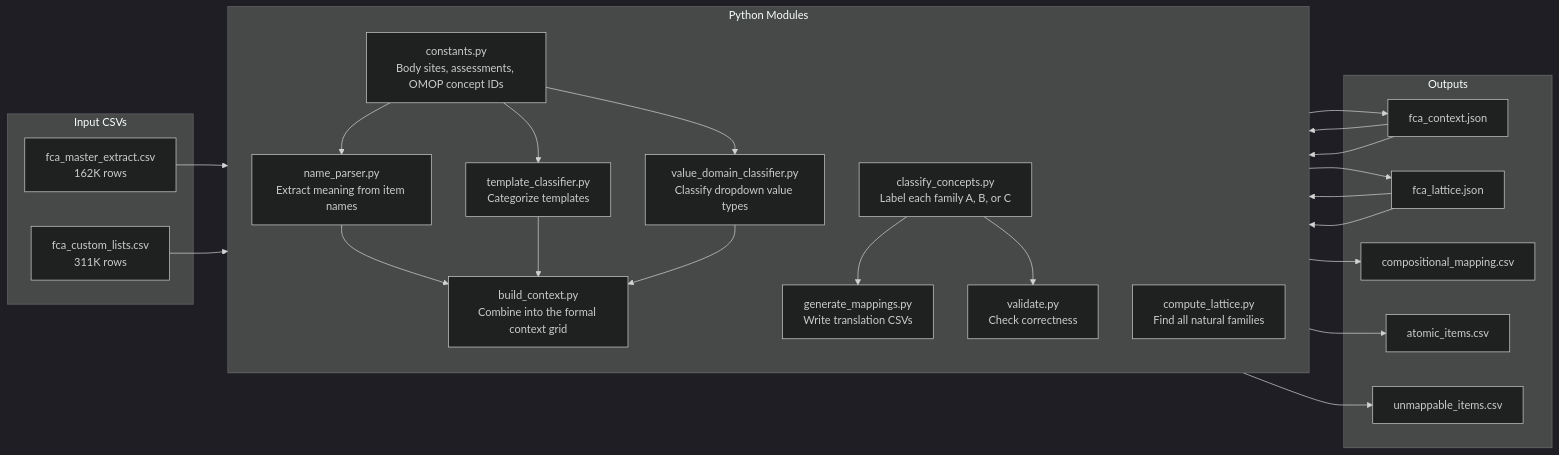
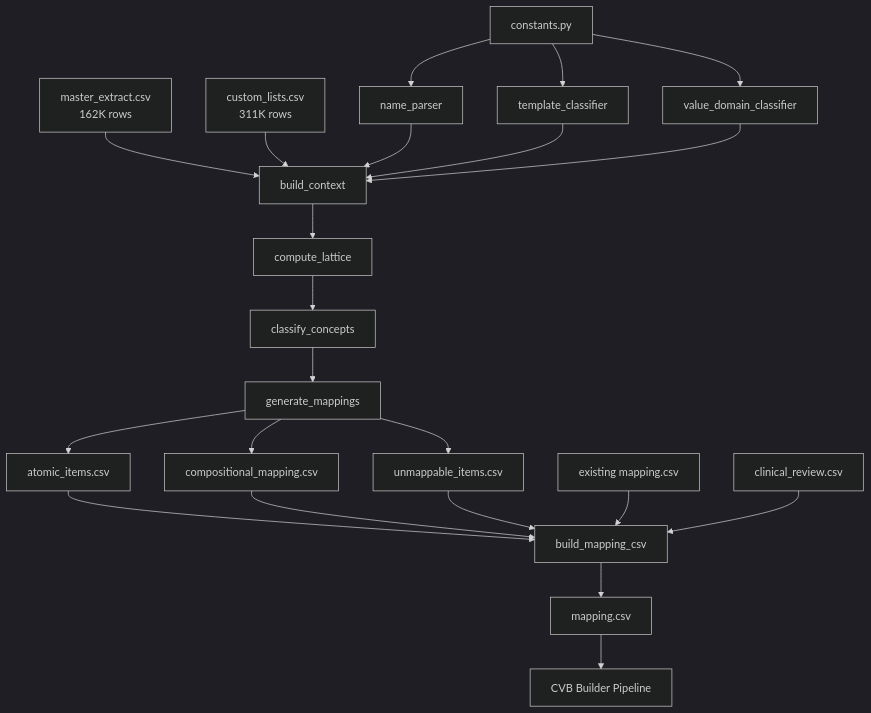
One commit to Emory-OMOP/CVB changed the diagram in EU2_Flowsheets/fca/diagrams/modules.mmd. Above: the diagram before and after it, drawn with Mermaid (dark theme). The commit also changed 4 other files, not shown here.

Commit message:
Rewrite FCA README with correct counts, add build_mapping_csv + clinical review

```diff
--- a/EU2_Flowsheets/fca/diagrams/modules.mmd
+++ b/EU2_Flowsheets/fca/diagrams/modules.mmd
@@ -1,46 +1,15 @@
-flowchart LR
-    subgraph inputs ["Input CSVs"]
-        M["fca_master_extract.csv<br/>162K rows"]
-        CL["fca_custom_lists.csv<br/>311K rows"]
-    end
-
-    subgraph parsers ["Python Modules"]
-        direction TB
-        CON["constants.py<br/>Body sites, assessments, OMOP concept IDs"]
-        NP["name_parser.py<br/>Extract meaning from item names"]
-        TC["template_classifier.py<br/>Categorize templates"]
-        VD["value_domain_classifier.py<br/>Classify dropdown value types"]
-        BC["build_context.py<br/>Combine into the formal context grid"]
-        CL2["compute_lattice.py<br/>Find all natural families"]
-        CC["classify_concepts.py<br/>Label each family A, B, or C"]
-        GM["generate_mappings.py<br/>Write translation CSVs"]
-        VA["validate.py<br/>Check correctness"]
-    end
-
-    subgraph outputs ["Outputs"]
-        CTX["fca_context.json"]
-        LAT["fca_lattice.json"]
-        CMP["compositional_mapping.csv"]
-        ATM["atomic_items.csv"]
-        UNM["unmappable_items.csv"]
-    end
-
-    M --> BC
-    CL --> BC
-    CON --> NP
-    CON --> TC
-    CON --> VD
-    NP --> BC
-    TC --> BC
-    VD --> BC
-    BC --> CTX
-    CTX --> CL2
-    CL2 --> LAT
-    LAT --> CC
-    CC --> GM
-    GM --> CMP
-    GM --> ATM
-    GM --> UNM
-    CTX --> VA
-    LAT --> VA
-    CC --> VA
+flowchart TD
+    M["master_extract.csv<br/>162K rows"] & CL["custom_lists.csv<br/>311K rows"] --> BC
+    CON["constants.py"] --> NP & TC & VD
+    NP["name_parser"] & TC["template_classifier"] & VD["value_domain_classifier"] --> BC["build_context"]
+    BC --> CL2["compute_lattice"]
+    CL2 --> CC["classify_concepts"]
+    CC --> GM["generate_mappings"]
+    GM --> ATM["atomic_items.csv"]
+    GM --> CMP["compositional_mapping.csv"]
+    GM --> UNM["unmappable_items.csv"]
+    ATM & CMP & UNM --> BM["build_mapping_csv"]
+    EX["existing mapping.csv"] --> BM
+    CR["clinical_review.csv"] --> BM
+    BM --> MAP["mapping.csv"]
+    MAP --> CVB["CVB Builder Pipeline"]
```
